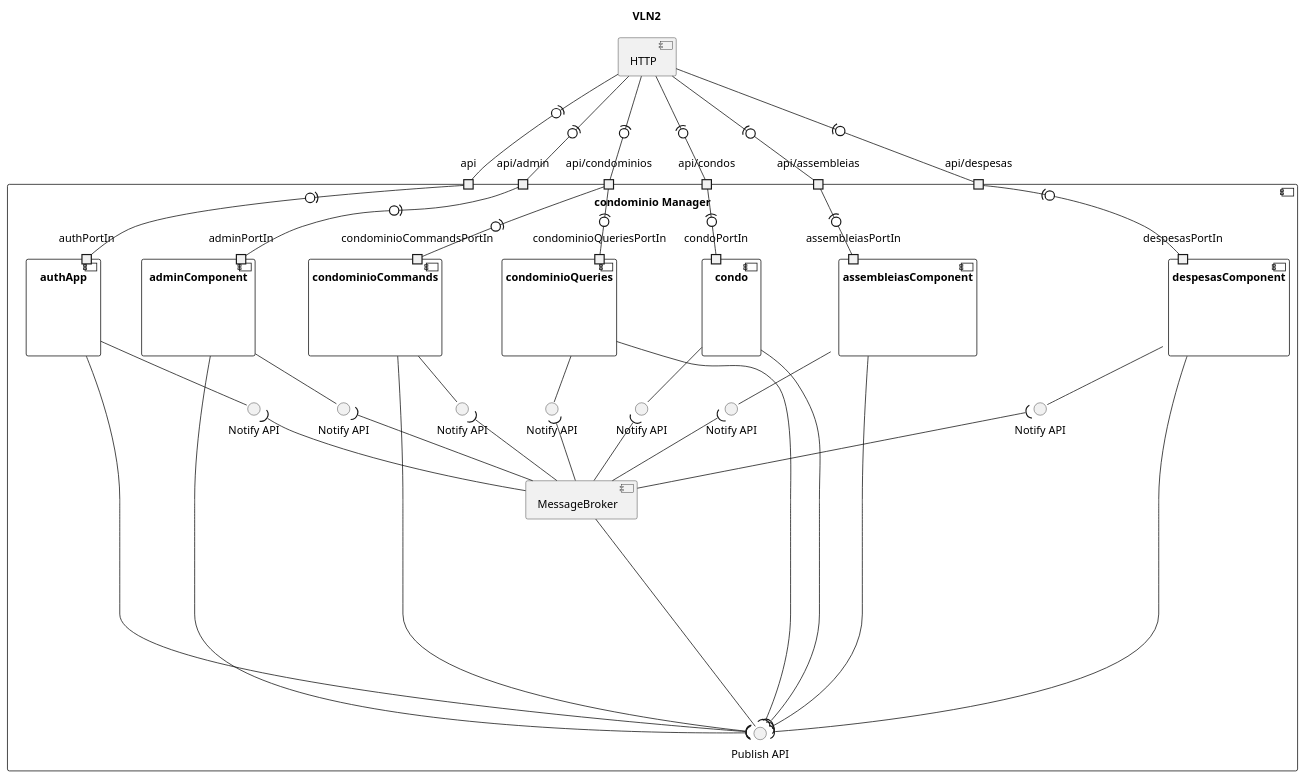
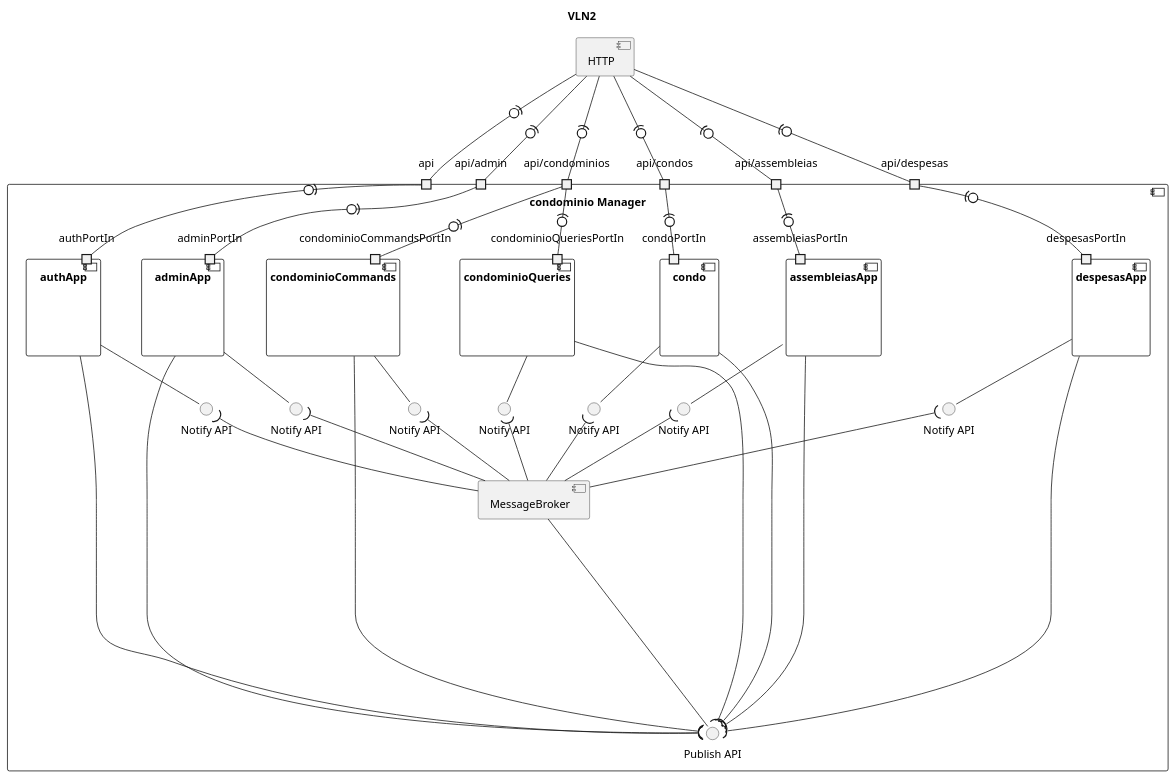
The diagram in docs/VLN2.puml (Pedro-Pereira0/ECondo), drawn with PlantUML before and after one commit. The commit also changed 7 other files, not shown here.

```diff
--- a/docs/VLN2.puml
+++ b/docs/VLN2.puml
@@ -1,109 +1,109 @@
 @startuml VLN2
 'https://plantuml.com/deployment-diagram
 
 title: VLN2
 
 [HTTP] as http
 
 component "condominio Manager"{
 
     portin api as auth
     portin "api/admin" as admin
     portin "api/condominios" as condominios
     portin "api/condos" as condos
     portin "api/assembleias" as assembleias
     portin "api/despesas" as despesas
 
     component authApp{
         portin authPortIn
     }
     interface "Notify API" as notfApiAuth
 
-    component adminComponent{
+    component adminApp{
         portin adminPortIn
     }
     interface "Notify API" as notfApiAdmin
 
     component condominioQueries{
         portin condominioQueriesPortIn
     }
     interface "Notify API" as notfApiCondominioQueries
 
     component condominioCommands{
         portin condominioCommandsPortIn
     }
     interface "Notify API" as notfApiCondominioCommands
 
     component condo{
         portin condoPortIn
     }
     interface "Notify API" as notfApiCondo
 
-    component assembleiasComponent{
+    component assembleiasApp{
         portin assembleiasPortIn
     }
     interface "Notify API" as notfApiAssembleias
 
-    component despesasComponent{
+    component despesasApp{
         portin despesasPortIn
     }
     interface "Notify API" as notfApiDespesas
 
     component MessageBroker
     interface "Publish API" as pubapi
 }
 
 
 http -(0-- auth
 auth -(0- authPortIn
 authApp -- notfApiAuth
 
 http -(0-- admin
 admin -(0- adminPortIn
-adminComponent -- notfApiAdmin
+adminApp -- notfApiAdmin
 
 http -(0-- condominios
 condominios -(0- condominioCommandsPortIn
 condominios -(0- condominioQueriesPortIn
 condominioCommands -- notfApiCondominioCommands
 condominioQueries --notfApiCondominioQueries
 
 http -(0-- condos
 condos -(0- condoPortIn
 condo -- notfApiCondo
 
 http -(0-- assembleias
 assembleias -(0- assembleiasPortIn
-assembleiasComponent -- notfApiAssembleias
+assembleiasApp -- notfApiAssembleias
 
 http -(0-- despesas
 despesas -(0- despesasPortIn
-despesasComponent -- notfApiDespesas
+despesasApp -- notfApiDespesas
 
 MessageBroker ----- pubapi
 
 MessageBroker --up( notfApiAdmin
 MessageBroker --up( notfApiAuth
 MessageBroker --up( notfApiCondominioCommands
 MessageBroker --up( notfApiCondominioQueries
 MessageBroker --up( notfApiCondo
 MessageBroker --up( notfApiAssembleias
 MessageBroker --up( notfApiDespesas
 
 authApp --( pubapi
-adminComponent --( pubapi
+adminApp --( pubapi
 condominioCommands --( pubapi
 condominioQueries --( pubapi
 condo --( pubapi
-assembleiasComponent --( pubapi
-despesasComponent --( pubapi
+assembleiasApp --( pubapi
+despesasApp --( pubapi
 
 
 
 
 
 
 
 
 
 @enduml
```
